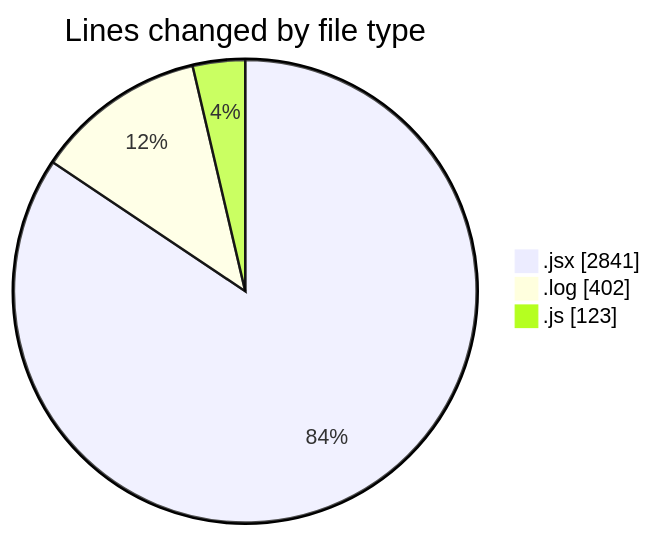
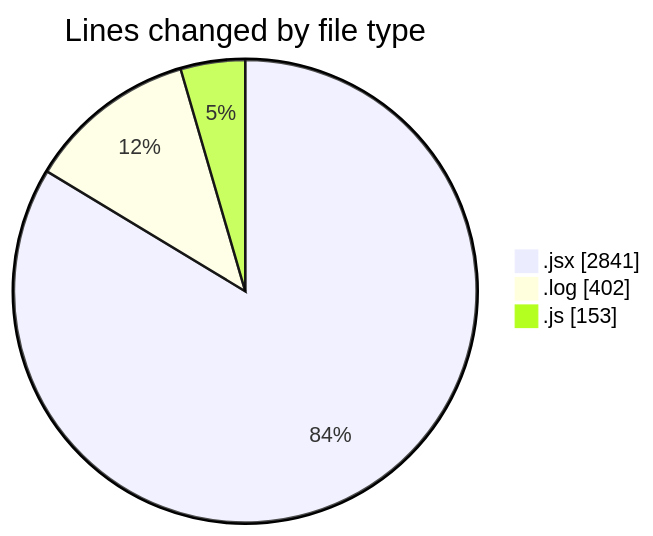
Before and after one commit to nxtqubesakshisongat/code-tracking: the first of 2 diagrams in 2025-05-02/nxtqube_webapp/README.md, drawn with Mermaid. The commit also changed other lines of this file and 1 other file, not shown here.

````diff
--- a/2025-05-02/nxtqube_webapp/README.md
+++ b/2025-05-02/nxtqube_webapp/README.md
@@ -26,7 +27,7 @@
 ```mermaid
 pie showData
 title Lines changed by file type
 ".jsx" : 2841
 ".log" : 402
-".js" : 123
+".js" : 153
 ```
````
